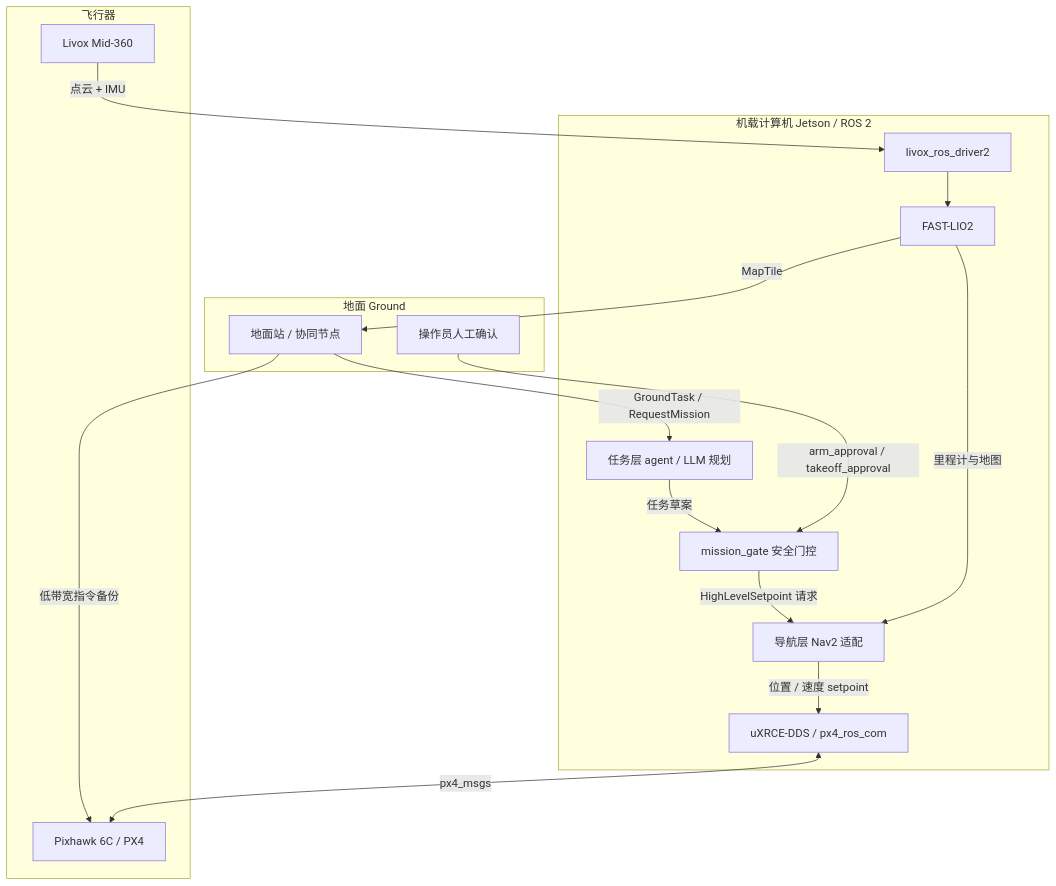
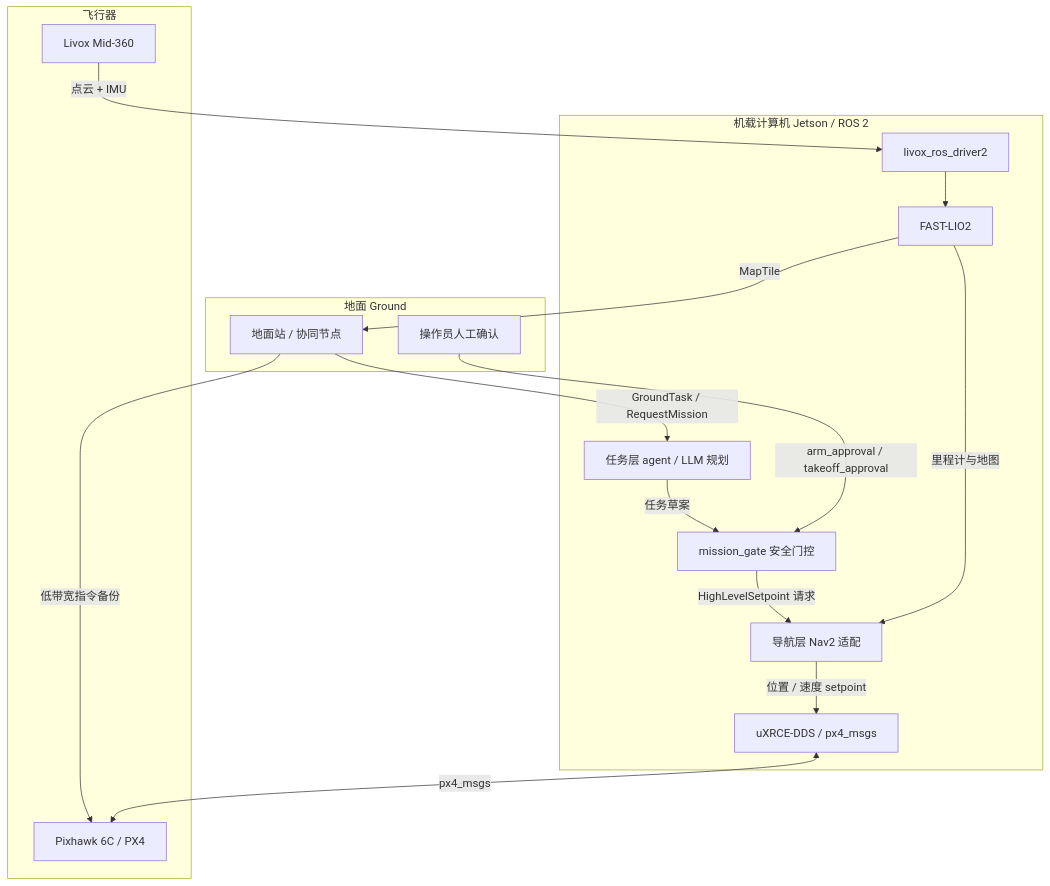
One commit to lucascygu/hummingbird-mapping-drone changed the diagram in docs/architecture.md. Above: the diagram before and after it, drawn with Mermaid. The commit also changed other lines of this file and 8 other files, not shown here.

````diff
--- a/docs/architecture.md
+++ b/docs/architecture.md
@@ -17,32 +28,32 @@
 ```mermaid
 flowchart TB
   subgraph ground [地面 Ground]
     GS[地面站 / 协同节点]
     Human[操作员人工确认]
   end
 
   subgraph jetson [机载计算机 Jetson / ROS 2]
     Agent[任务层 agent / LLM 规划]
     Gate[mission_gate 安全门控]
     Nav[导航层 Nav2 适配]
     LIO[FAST-LIO2]
     Drv[livox_ros_driver2]
-    DDS[uXRCE-DDS / px4_ros_com]
+    DDS[uXRCE-DDS / px4_msgs]
   end
 
   subgraph air [飞行器]
     Mid360[Livox Mid-360]
     PX4[Pixhawk 6C / PX4]
   end
 
   Mid360 -->|点云 + IMU| Drv --> LIO
   LIO -->|里程计与地图| Nav
   LIO -->|MapTile| GS
   GS -->|GroundTask / RequestMission| Agent
   Agent -->|任务草案| Gate
   Human -->|arm_approval / takeoff_approval| Gate
   Gate -->|HighLevelSetpoint 请求| Nav
   Nav -->|位置 / 速度 setpoint| DDS
   DDS <-->|px4_msgs| PX4
   GS -->|低带宽指令备份| PX4
 ```
````
